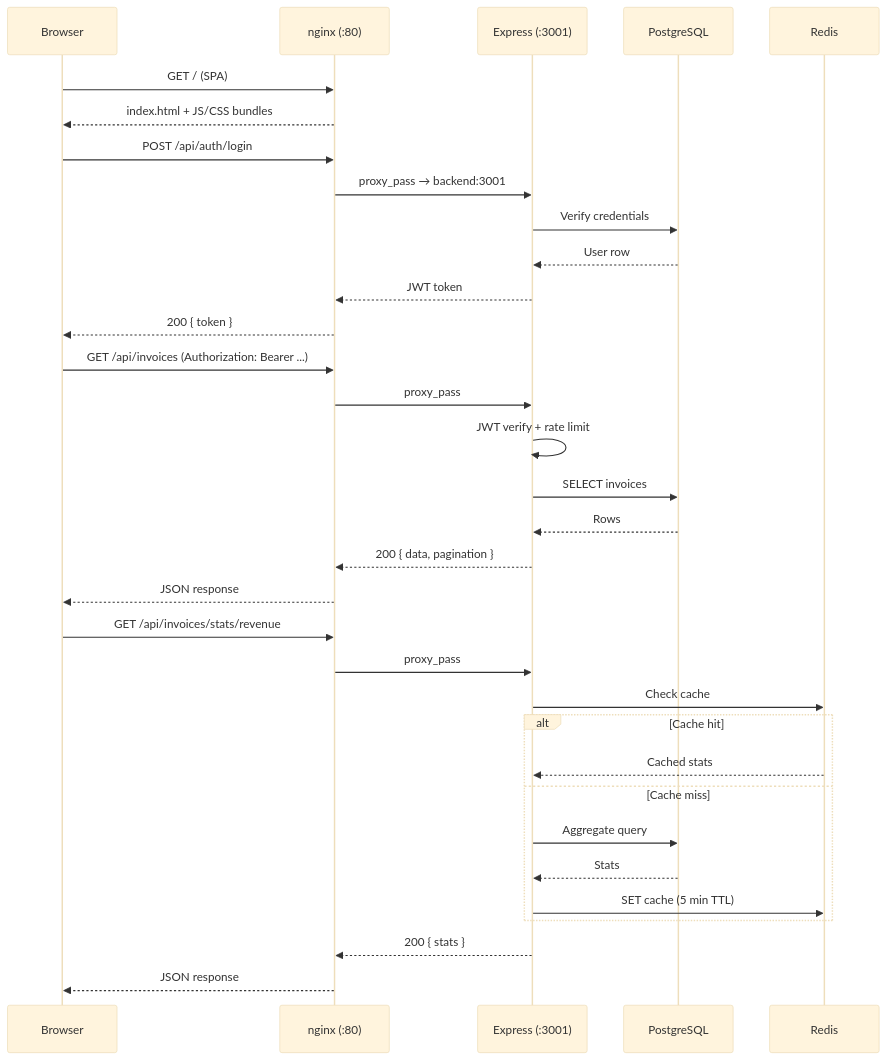
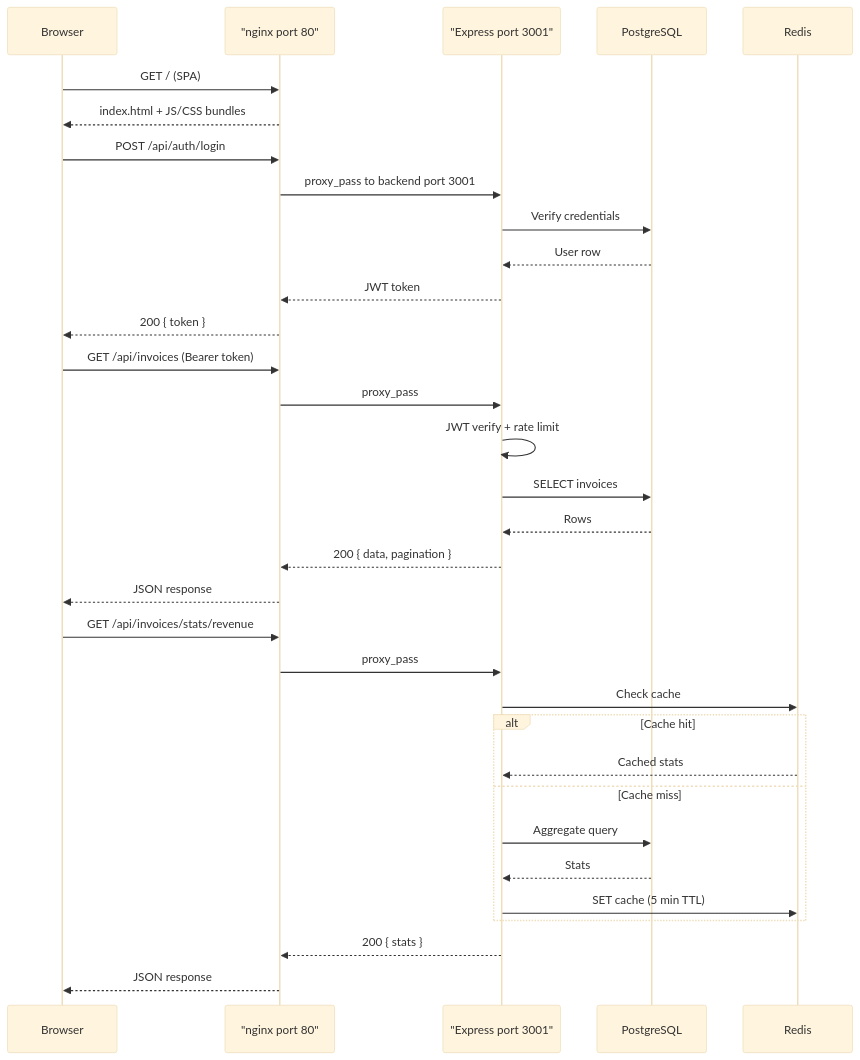
One commit to becomeonewiththecode/invoicing changed the third of 6 diagrams in docs/architecture.md. Above: the diagram before and after it, drawn with Mermaid (base theme). The commit also changed other lines of this file, not shown here.

First line of the commit message:
docs: fix Mermaid syntax in architecture.md for reliable rendering

````diff
--- a/docs/architecture.md
+++ b/docs/architecture.md
@@ -139,39 +139,39 @@
 ```mermaid
 sequenceDiagram
     participant B as Browser
-    participant N as nginx (:80)
-    participant E as Express (:3001)
+    participant N as "nginx port 80"
+    participant E as "Express port 3001"
     participant PG as PostgreSQL
     participant RD as Redis
 
     B->>N: GET / (SPA)
     N-->>B: index.html + JS/CSS bundles
 
     B->>N: POST /api/auth/login
-    N->>E: proxy_pass → backend:3001
+    N->>E: proxy_pass to backend port 3001
     E->>PG: Verify credentials
     PG-->>E: User row
     E-->>N: JWT token
     N-->>B: 200 { token }
 
-    B->>N: GET /api/invoices (Authorization: Bearer ...)
+    B->>N: GET /api/invoices (Bearer token)
     N->>E: proxy_pass
     E->>E: JWT verify + rate limit
     E->>PG: SELECT invoices
     PG-->>E: Rows
     E-->>N: 200 { data, pagination }
     N-->>B: JSON response
 
     B->>N: GET /api/invoices/stats/revenue
     N->>E: proxy_pass
     E->>RD: Check cache
     alt Cache hit
         RD-->>E: Cached stats
     else Cache miss
         E->>PG: Aggregate query
         PG-->>E: Stats
         E->>RD: SET cache (5 min TTL)
     end
     E-->>N: 200 { stats }
     N-->>B: JSON response
 ```
````
